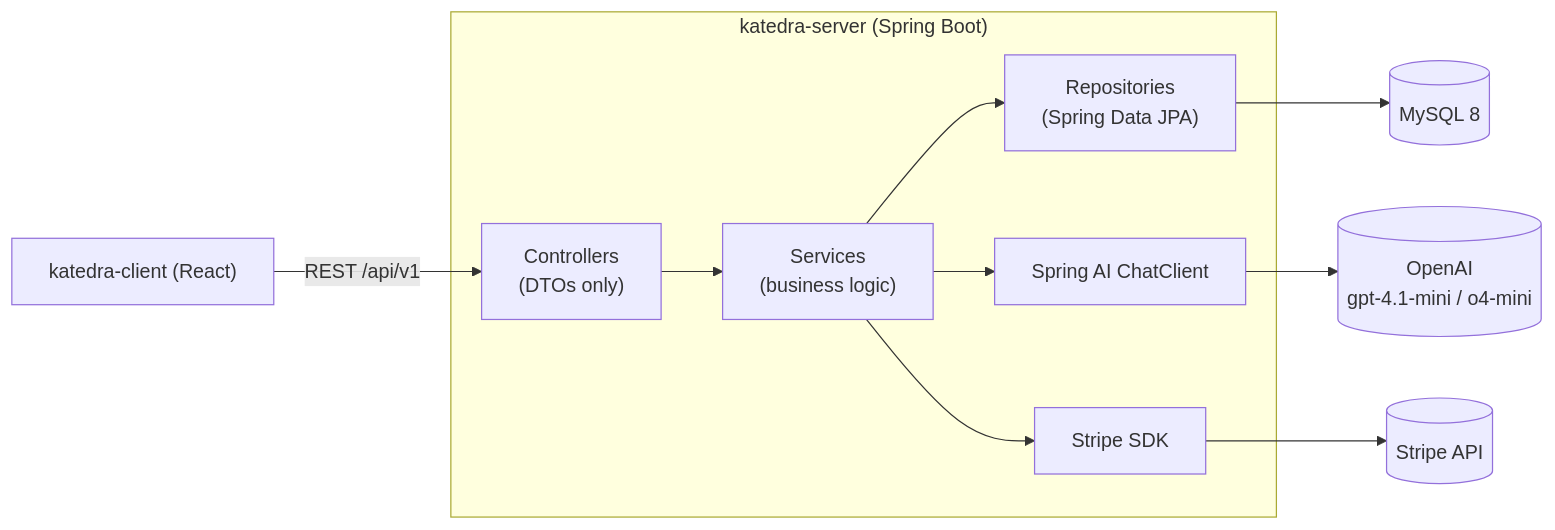
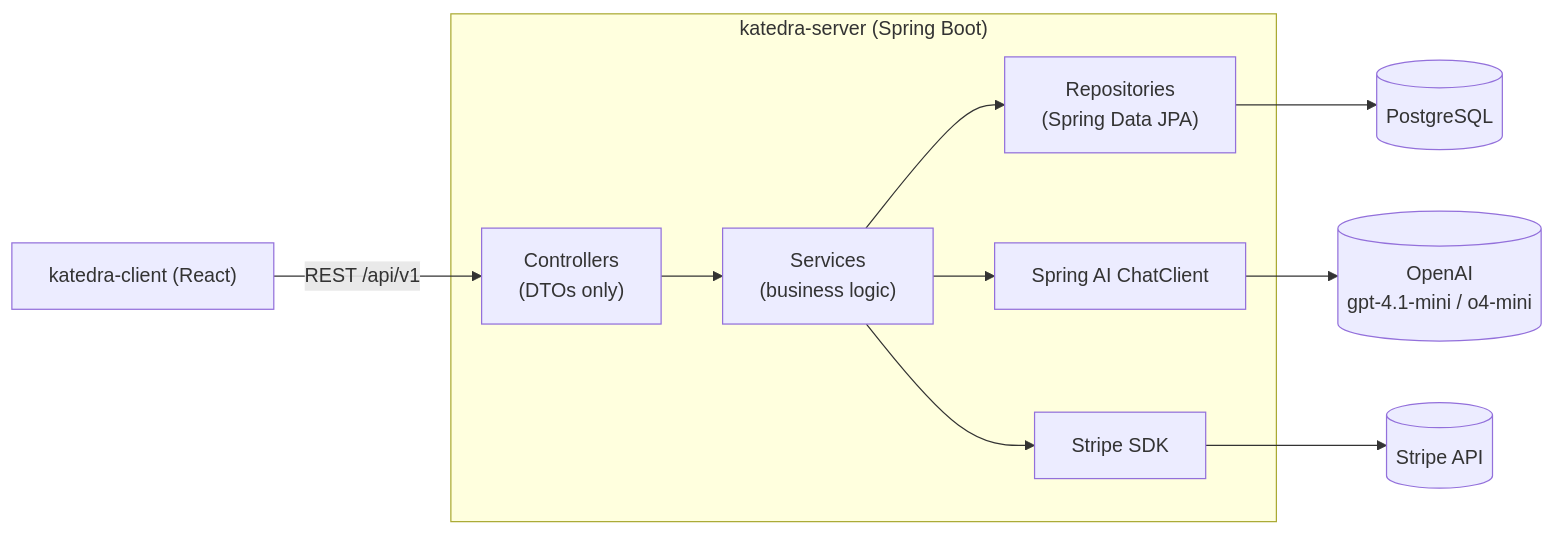
The diagram in README.en.md (SAULALEE/katedra-server), drawn with Mermaid before and after one commit. The commit also changed other lines of this file and 28 other files, not shown here.

Commit message:
chore: complete PostgreSQL migration setup

````diff
--- a/README.en.md
+++ b/README.en.md
@@ -35,13 +35,13 @@
 ```mermaid
 flowchart LR
     Client["katedra-client (React)"] -->|REST /api/v1| Controller
     subgraph Server["katedra-server (Spring Boot)"]
         Controller["Controllers\n(DTOs only)"] --> Service["Services\n(business logic)"]
         Service --> Repo["Repositories\n(Spring Data JPA)"]
         Service --> AI["Spring AI ChatClient"]
         Service --> Stripe["Stripe SDK"]
     end
-    Repo --> DB[(MySQL 8)]
+    Repo --> DB[(PostgreSQL)]
     AI --> OpenAI[("OpenAI\ngpt-4.1-mini / o4-mini")]
     Stripe --> StripeAPI[("Stripe API")]
 ```
````
